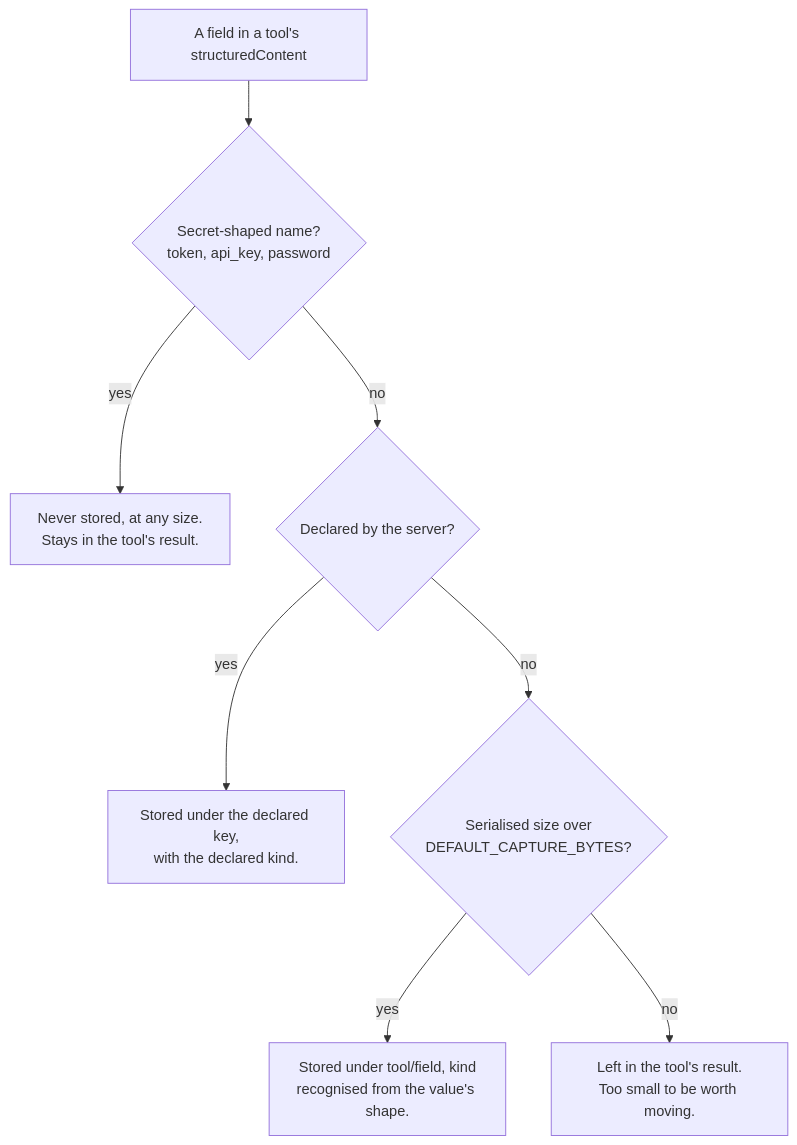
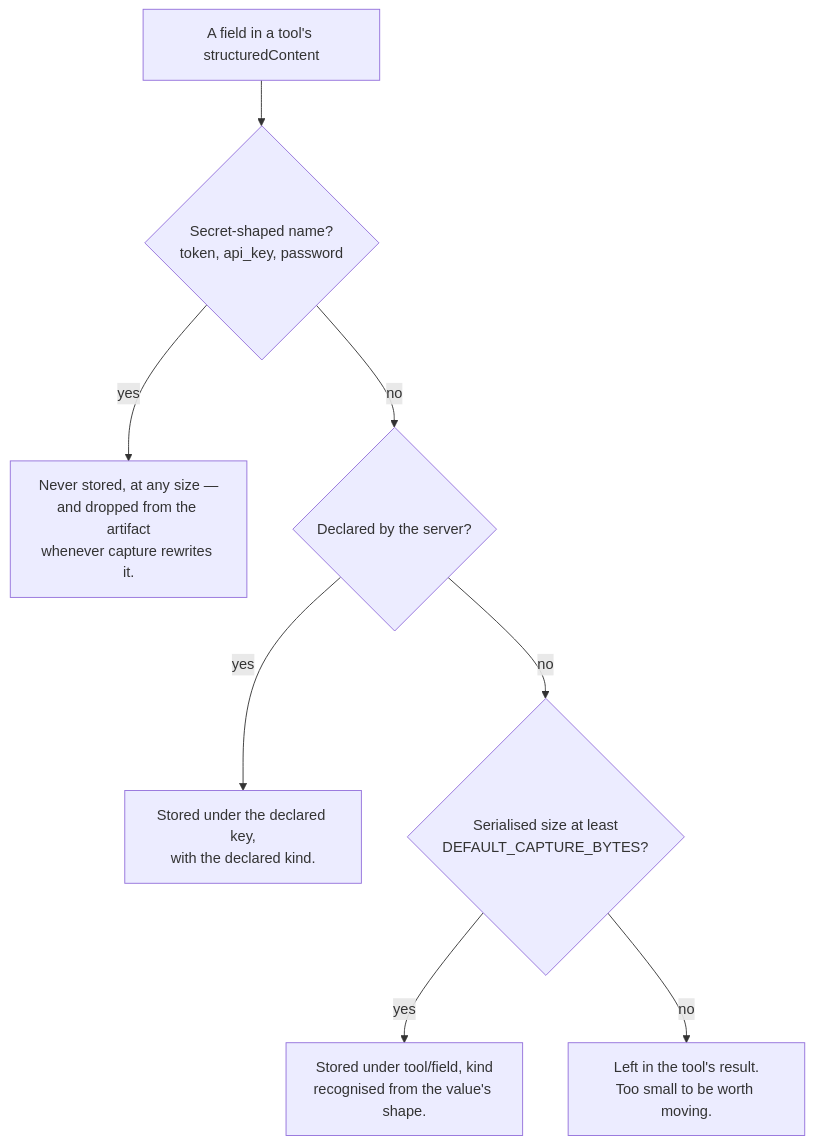
One commit to developmentseed/mcp-toolsets-runtime changed the second of 6 diagrams in docs/SESSION-STATE.md. Above: the diagram before and after it, drawn with Mermaid. The commit also changed other lines of this file and 3 other files, not shown here.

````diff
--- a/docs/SESSION-STATE.md
+++ b/docs/SESSION-STATE.md
@@ -207,13 +207,13 @@
 ```mermaid
 flowchart TD
     F["A field in a tool's structuredContent"] --> S{"Secret-shaped name?<br/>token, api_key, password"}
 
-    S -->|yes| DROP["Never stored, at any size.<br/>Stays in the tool's result."]
+    S -->|yes| DROP["Never stored, at any size —<br/>and dropped from the artifact<br/>whenever capture rewrites it."]
     S -->|no| D{"Declared by the server?"}
 
     D -->|yes| DECL["Stored under the declared key,<br/>with the declared kind."]
-    D -->|no| Z{"Serialised size over<br/>DEFAULT_CAPTURE_BYTES?"}
+    D -->|no| Z{"Serialised size at least<br/>DEFAULT_CAPTURE_BYTES?"}
 
     Z -->|yes| DET["Stored under tool/field, kind<br/>recognised from the value's shape."]
     Z -->|no| KEEP["Left in the tool's result.<br/>Too small to be worth moving."]
 ```
````
